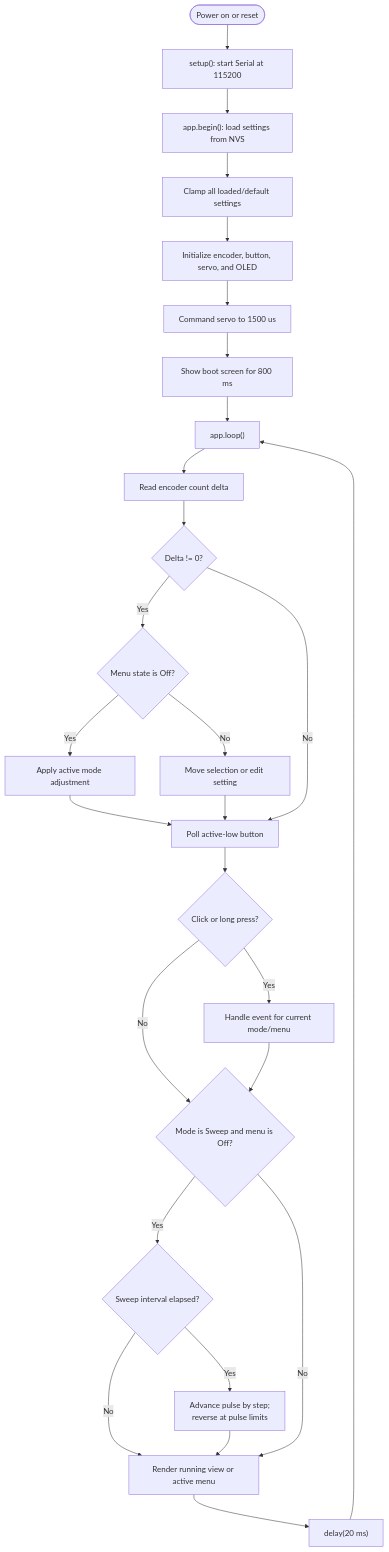
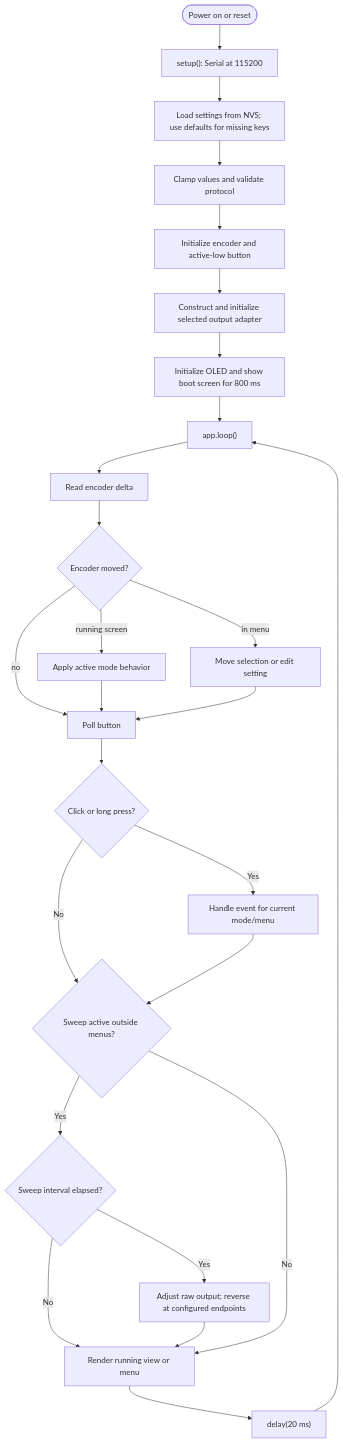
The fourth of 4 diagrams in DIAGRAMS.md (DKKivu/ServoTester), drawn with Mermaid before and after one commit. The commit also changed other lines of this file and 4 other files, not shown here.

````diff
--- a/DIAGRAMS.md
+++ b/DIAGRAMS.md
@@ -195,33 +160,29 @@
 ```mermaid
 flowchart TD
-    START([Power on or reset]) --> SETUP["setup(): start Serial at 115200"]
-    SETUP --> LOAD["app.begin(): load settings from NVS"]
-    LOAD --> CLAMP["Clamp all loaded/default settings"]
-    CLAMP --> INIT["Initialize encoder, button, servo, and OLED"]
-    INIT --> INITIAL_PULSE["Command servo to 1500 us"]
-    INITIAL_PULSE --> BOOT["Show boot screen for 800 ms"]
-    BOOT --> LOOP["app.loop()"]
+    START([Power on or reset]) --> SETUP["setup(): Serial at 115200"]
+    SETUP --> LOAD["Load settings from NVS; use defaults for missing keys"]
+    LOAD --> CLAMP["Clamp values and validate protocol"]
+    CLAMP --> INPUTS["Initialize encoder and active-low button"]
+    INPUTS --> SELECT["Construct and initialize selected output adapter"]
+    SELECT --> DISPLAY["Initialize OLED and show boot screen for 800 ms"]
+    DISPLAY --> LOOP["app.loop()"]
 
-    LOOP --> READ["Read encoder count delta"]
-    READ --> HAS_DELTA{"Delta != 0?"}
-    HAS_DELTA -- Yes --> MENU_OFF{"Menu state is Off?"}
-    MENU_OFF -- Yes --> RUN_EDIT["Apply active mode adjustment"]
-    MENU_OFF -- No --> MENU_EDIT["Move selection or edit setting"]
-    RUN_EDIT --> POLL["Poll active-low button"]
-    MENU_EDIT --> POLL
-    HAS_DELTA -- No --> POLL
-
-    POLL --> BUTTON_EVENT{"Click or long press?"}
-    BUTTON_EVENT -- Yes --> HANDLE["Handle event for current mode/menu"]
-    BUTTON_EVENT -- No --> SWEEP_CHECK
-    HANDLE --> SWEEP_CHECK{"Mode is Sweep and menu is Off?"}
-
+    LOOP --> READ["Read encoder delta"]
+    READ --> EDIT{"Encoder moved?"}
+    EDIT -- "running screen" --> MODE["Apply active mode behavior"]
+    EDIT -- "in menu" --> MENU["Move selection or edit setting"]
+    EDIT -- "no" --> POLL
+    MODE --> POLL["Poll button"]
+    MENU --> POLL
+    POLL --> EVENT{"Click or long press?"}
+    EVENT -- Yes --> HANDLE["Handle event for current mode/menu"]
+    EVENT -- No --> SWEEP_CHECK
+    HANDLE --> SWEEP_CHECK{"Sweep active outside menus?"}
     SWEEP_CHECK -- Yes --> ELAPSED{"Sweep interval elapsed?"}
-    ELAPSED -- Yes --> SWEEP["Advance pulse by step;<br/>reverse at pulse limits"]
+    ELAPSED -- Yes --> SWEEP["Adjust raw output; reverse at configured endpoints"]
     ELAPSED -- No --> RENDER
-    SWEEP --> RENDER["Render running view or active menu"]
+    SWEEP --> RENDER["Render running view or menu"]
     SWEEP_CHECK -- No --> RENDER
-
     RENDER --> WAIT["delay(20 ms)"]
     WAIT --> LOOP
 ```
````
